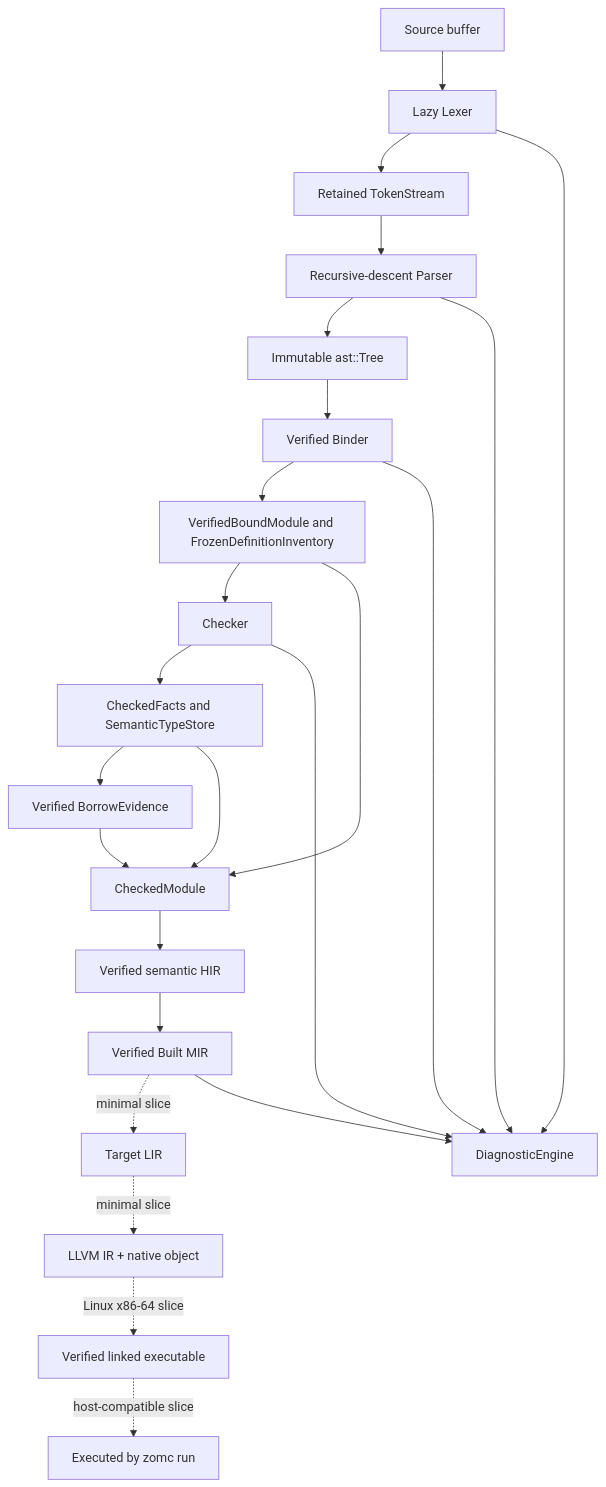
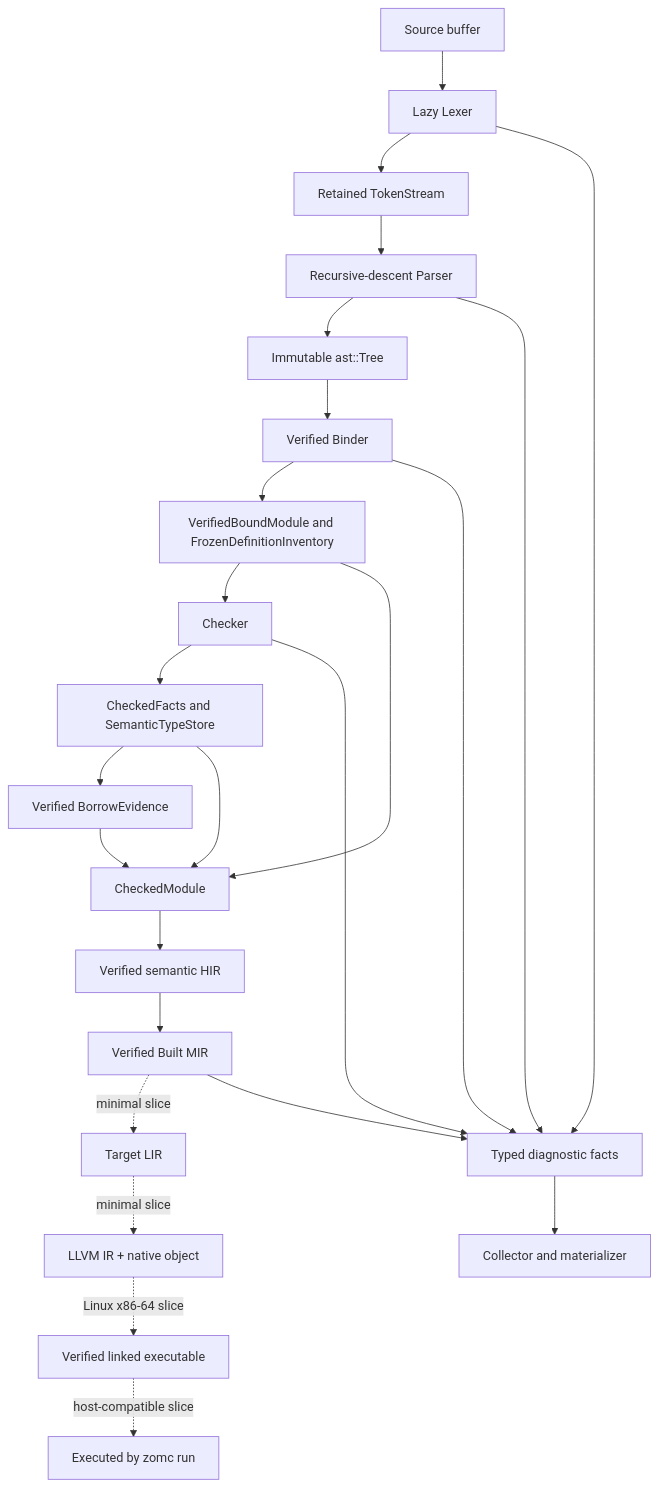
Before and after one commit to Zzzode/ZOM: the diagram in AGENTS.md, drawn with Mermaid. The commit also changed other lines of this file and 13 other files, not shown here.

Commit message:
docs(agents): route diagnostics architecture work

````diff
--- a/AGENTS.md
+++ b/AGENTS.md
@@ -157,26 +158,27 @@
 ```mermaid
 flowchart TD
     S[Source buffer] --> L[Lazy Lexer]
     L --> T[Retained TokenStream]
     T --> P[Recursive-descent Parser]
     P --> A[Immutable ast::Tree]
     A --> B[Verified Binder]
     B --> VB[VerifiedBoundModule and FrozenDefinitionInventory]
     VB --> C[Checker]
     C --> CF[CheckedFacts and SemanticTypeStore]
     CF --> BE[Verified BorrowEvidence]
     VB --> CM[CheckedModule]
     CF --> CM
     BE --> CM
     CM --> H[Verified semantic HIR]
     H --> M[Verified Built MIR]
     M -. minimal slice .-> R[Target LIR]
     R -. minimal slice .-> LLVM[LLVM IR + native object]
     LLVM -. Linux x86-64 slice .-> LINK[Verified linked executable]
     LINK -. host-compatible slice .-> RUN[Executed by zomc run]
-    L --> D[DiagnosticEngine]
-    P --> D
-    B --> D
-    C --> D
-    M --> D
+    L --> DF[Typed diagnostic facts]
+    P --> DF
+    B --> DF
+    C --> DF
+    M --> DF
+    DF --> D[Collector and materializer]
 ```
````
